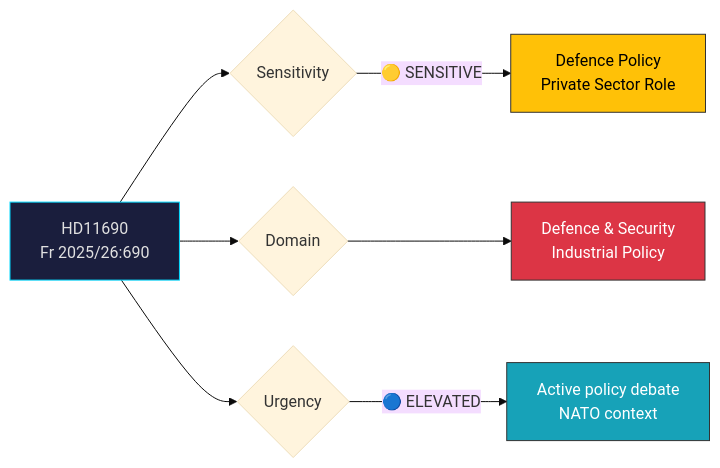
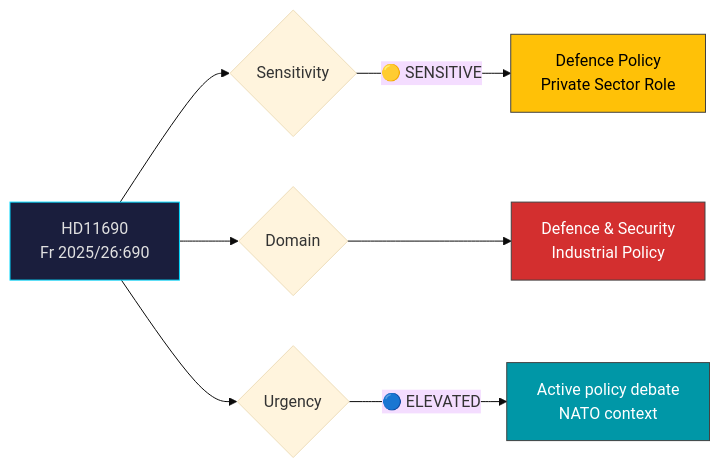
The diagram in analysis/daily/2026-04-08/realtime-1027/documents/hd11690-analysis.md (Hack23/riksdagsmonitor), drawn with Mermaid (base theme) before and after one commit. The commit also changed 785 other files, not shown here.

First line of the commit message:
Normalize mermaid colors across 786 analysis artifacts to ISMS Style Guide palette

````diff
--- a/analysis/daily/2026-04-08/realtime-1027/documents/hd11690-analysis.md
+++ b/analysis/daily/2026-04-08/realtime-1027/documents/hd11690-analysis.md
@@ -26,16 +26,16 @@
 ```mermaid
 graph LR
     A["HD11690<br/>Fr 2025/26:690"] --> B{"Sensitivity"}
     B -->|"🟡 SENSITIVE"| D["Defence Policy<br/>Private Sector Role"]
     
     A --> G{"Domain"}
     G --> H["Defence & Security<br/>Industrial Policy"]
     
     A --> I{"Urgency"}
     I -->|"🔵 ELEVATED"| L["Active policy debate<br/>NATO context"]
     
     style A fill:#1a1e3d,stroke:#00d9ff,color:#e0e0e0
-    style D fill:#ffc107,stroke:#333,color:#000
-    style H fill:#dc3545,stroke:#333,color:#fff
-    style L fill:#17a2b8,stroke:#333,color:#fff
+    style D fill:#FFC107,stroke:#424242,color:#000000
+    style H fill:#D32F2F,stroke:#424242,color:#FFFFFF
+    style L fill:#0097A7,stroke:#424242,color:#FFFFFF
 ```
````
